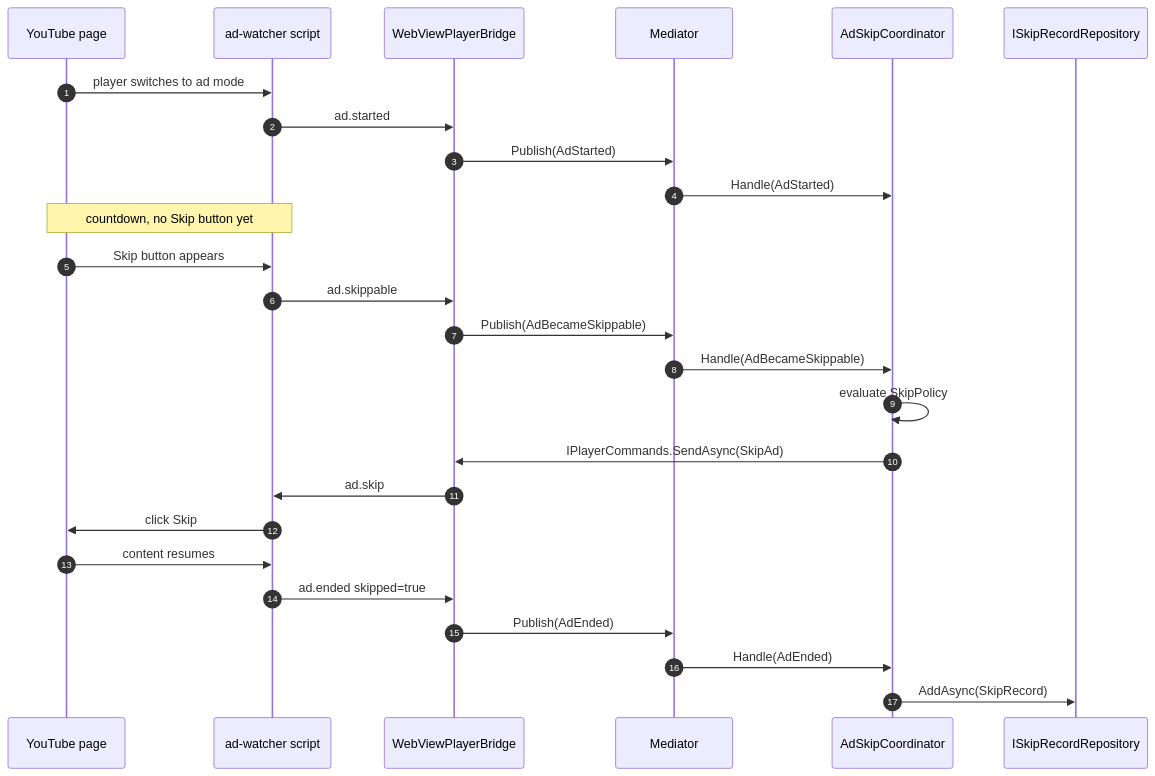
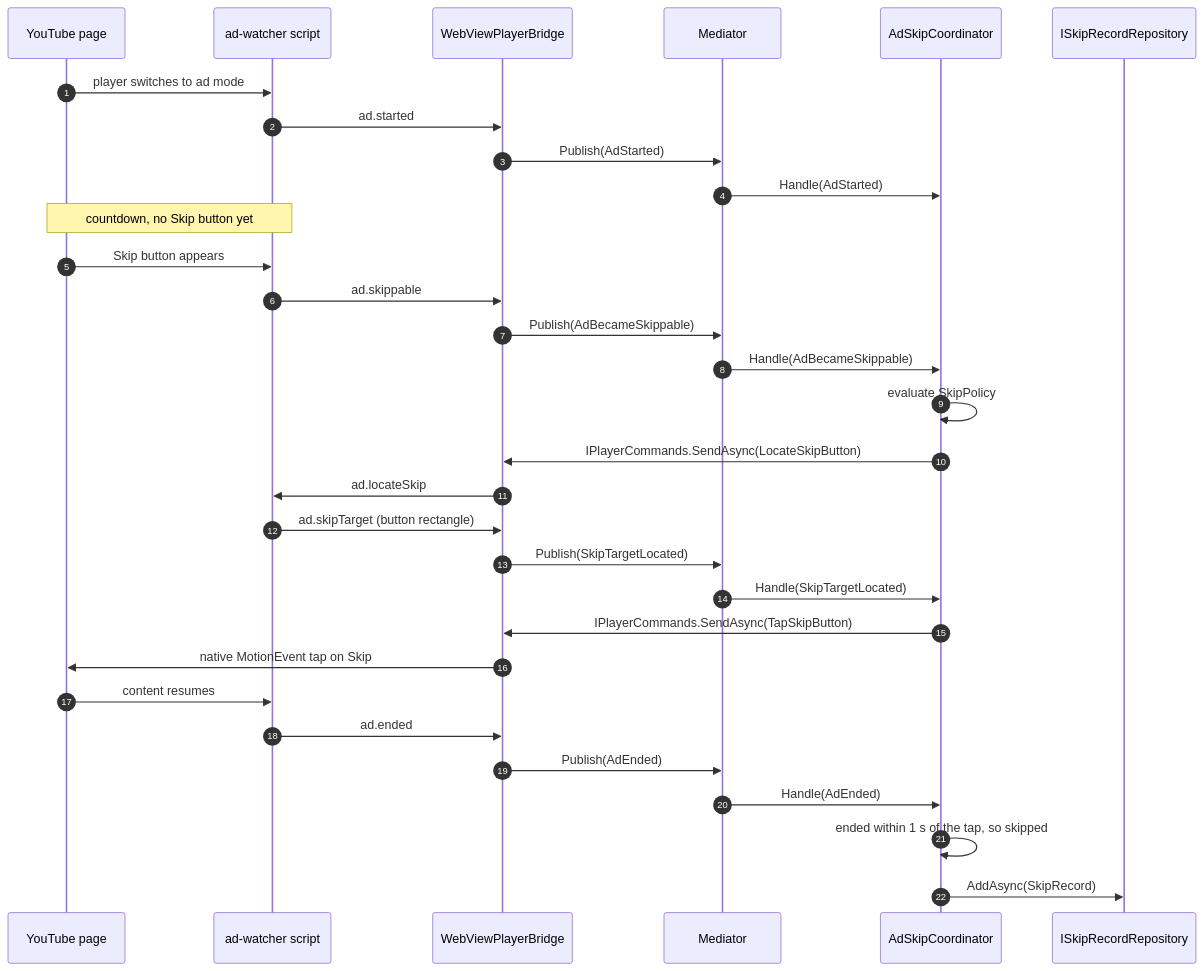
The sixth of 8 diagrams in docs/architecture/ARCHITECTURE.md (janlu89/J-HandsFree), drawn with Mermaid before and after one commit. The commit also changed other lines of this file and 13 other files, not shown here.

````diff
--- a/docs/architecture/ARCHITECTURE.md
+++ b/docs/architecture/ARCHITECTURE.md
@@ -345,28 +355,33 @@
 ```mermaid
 sequenceDiagram
     autonumber
     participant Page as YouTube page
     participant Watcher as ad-watcher script
     participant Bridge as WebViewPlayerBridge
     participant Med as Mediator
     participant Skip as AdSkipCoordinator
     participant Repo as ISkipRecordRepository
     Page->>Watcher: player switches to ad mode
     Watcher->>Bridge: ad.started
     Bridge->>Med: Publish(AdStarted)
     Med->>Skip: Handle(AdStarted)
     Note over Page,Watcher: countdown, no Skip button yet
     Page->>Watcher: Skip button appears
     Watcher->>Bridge: ad.skippable
     Bridge->>Med: Publish(AdBecameSkippable)
     Med->>Skip: Handle(AdBecameSkippable)
     Skip->>Skip: evaluate SkipPolicy
-    Skip->>Bridge: IPlayerCommands.SendAsync(SkipAd)
-    Bridge->>Watcher: ad.skip
-    Watcher->>Page: click Skip
+    Skip->>Bridge: IPlayerCommands.SendAsync(LocateSkipButton)
+    Bridge->>Watcher: ad.locateSkip
+    Watcher->>Bridge: ad.skipTarget (button rectangle)
+    Bridge->>Med: Publish(SkipTargetLocated)
+    Med->>Skip: Handle(SkipTargetLocated)
+    Skip->>Bridge: IPlayerCommands.SendAsync(TapSkipButton)
+    Bridge->>Page: native MotionEvent tap on Skip
     Page->>Watcher: content resumes
-    Watcher->>Bridge: ad.ended skipped=true
+    Watcher->>Bridge: ad.ended
     Bridge->>Med: Publish(AdEnded)
     Med->>Skip: Handle(AdEnded)
+    Skip->>Skip: ended within 1 s of the tap, so skipped
     Skip->>Repo: AddAsync(SkipRecord)
 ```
````
